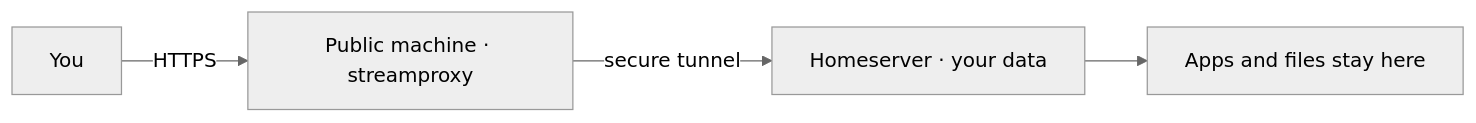
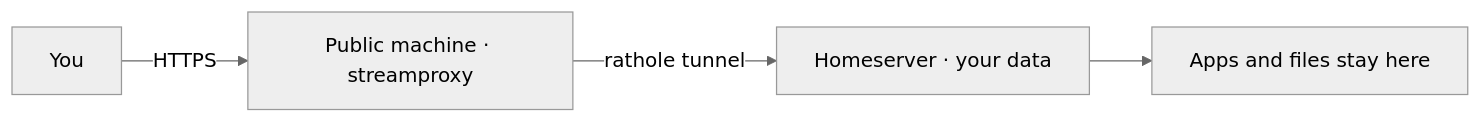
One commit to madebydamo/neo changed the fourth of 4 diagrams in docs/ARCHITECTURE.md. Above: the diagram before and after it, drawn with Mermaid (neutral theme). The commit also changed other lines of this file and 5 other files, not shown here.

````diff
--- a/docs/ARCHITECTURE.md
+++ b/docs/ARCHITECTURE.md
@@ -82,6 +115,6 @@
 ```mermaid
 flowchart LR
   U[You] -->|HTTPS| P[Public machine · streamproxy]
-  P -->|secure tunnel| H[Homeserver · your data]
+  P -->|rathole tunnel| H[Homeserver · your data]
   H --> APPS[Apps and files stay here]
 ```
````
